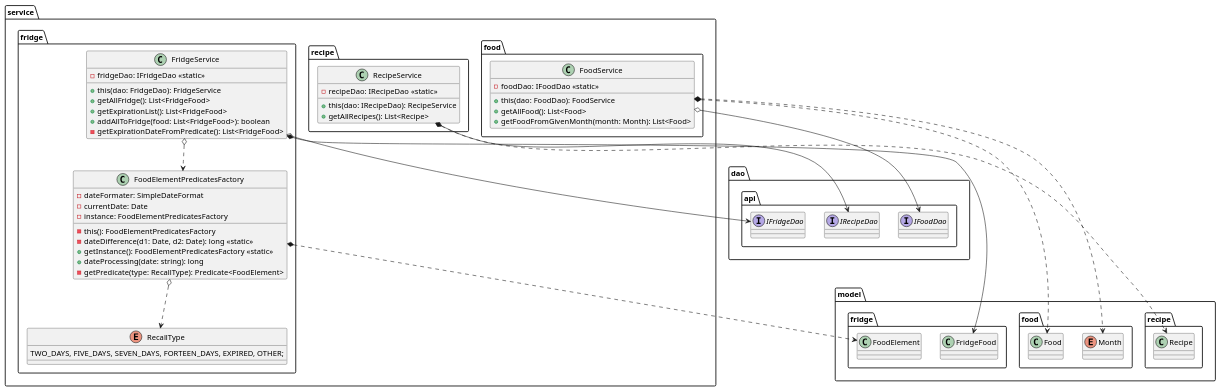
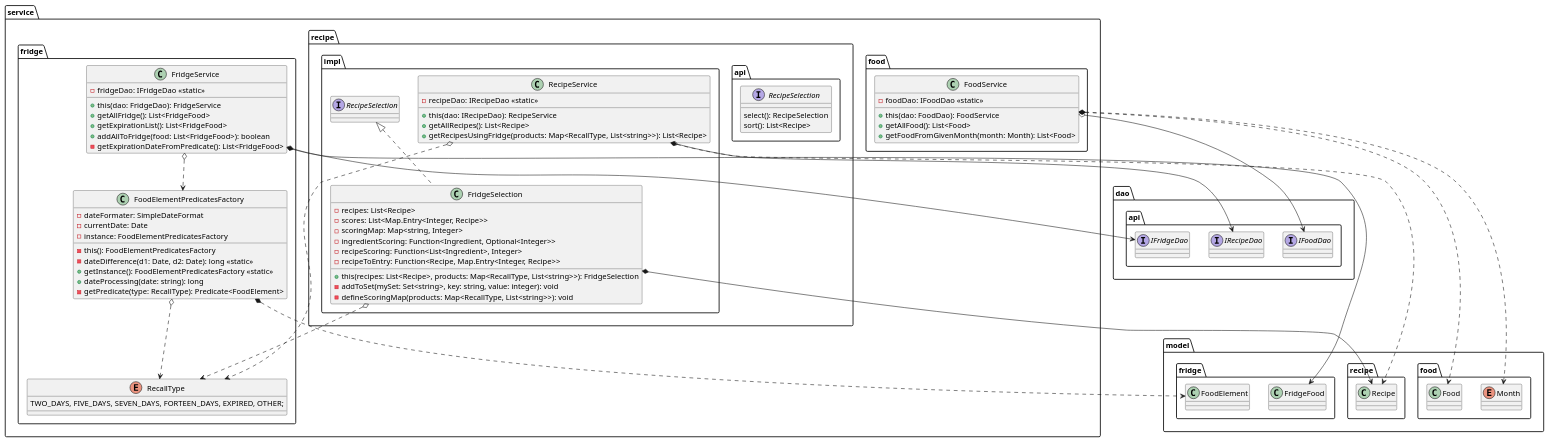
The diagram in docs/diagram/class/service.puml (romainvacheret/wadge-backend), drawn with PlantUML before and after one commit. The commit also changed 6 other files, not shown here.

Commit message:
docs: add recipes selection to diagrams

```diff
--- a/docs/diagram/class/service.puml
+++ b/docs/diagram/class/service.puml
@@ -1,82 +1,107 @@
 @startuml service
 
 package dao.api {
     interface IFoodDao {}
     interface IFridgeDao {}
     interface IRecipeDao {}
 }
 
 package model.food {
     class Food {}
     enum Month {}
 }
 
 package model.fridge {
     class FridgeFood {}
     class FoodElement {}
 }
 
 package model.recipe {
     class Recipe {}
 }
 
 package service {
     package food {
         class FoodService {
             - foodDao: IFoodDao <<static>>
             + this(dao: FoodDao): FoodService
             + getAllFood(): List<Food>
             + getFoodFromGivenMonth(month: Month): List<Food>
         }
     }
 
     package fridge {
         class FridgeService {
             - fridgeDao: IFridgeDao <<static>>
             + this(dao: FridgeDao): FridgeService
             + getAllFridge(): List<FridgeFood>
             + getExpirationList(): List<FridgeFood>
             + addAllToFridge(food: List<FridgeFood>): boolean
             - getExpirationDateFromPredicate(): List<FridgeFood>
         }
 
         class FoodElementPredicatesFactory {
             - dateFormater: SimpleDateFormat
             - currentDate: Date
             - instance: FoodElementPredicatesFactory
             - this(): FoodElementPredicatesFactory
             - dateDifference(d1: Date, d2: Date): long <<static>>
             + getInstance(): FoodElementPredicatesFactory <<static>>
             + dateProcessing(date: string): long
             - getPredicate(type: RecallType): Predicate<FoodElement>
         }
         
         enum RecallType {
             TWO_DAYS, FIVE_DAYS, SEVEN_DAYS, FORTEEN_DAYS, EXPIRED, OTHER;
         }
     }
 
     package recipe {
-        class RecipeService {
-            - recipeDao: IRecipeDao <<static>>
-            + this(dao: IRecipeDao): RecipeService
-            + getAllRecipes(): List<Recipe>
+        package api {
+            interface RecipeSelection {
+                select(): RecipeSelection
+                sort(): List<Recipe>
+            }
+        }
+        package impl {
+            class RecipeService {
+                - recipeDao: IRecipeDao <<static>>
+                + this(dao: IRecipeDao): RecipeService
+                + getAllRecipes(): List<Recipe>
+                + getRecipesUsingFridge(products: Map<RecallType, List<string>>): List<Recipe>
+            }
+
+            class FridgeSelection implements RecipeSelection {
+                - recipes: List<Recipe>
+                - scores: List<Map.Entry<Integer, Recipe>>
+                - scoringMap: Map<string, Integer>
+                - ingredientScoring: Function<Ingredient, Optional<Integer>>
+                - recipeScoring: Function<List<Ingredient>, Integer>
+                - recipeToEntry: Function<Recipe, Map.Entry<Integer, Recipe>>
+                + this(recipes: List<Recipe>, products: Map<RecallType, List<string>>): FridgeSelection
+                - addToSet(mySet: Set<string>, key: string, value: integer): void
+                - defineScoringMap(products: Map<RecallType, List<string>>): void
+            }
         }
     }
 }
 
 FoodService o--> IFoodDao
 FoodService *..> Food
 FoodService *..> Month
 
 FridgeService o--> IFridgeDao
 FridgeService o..> FoodElementPredicatesFactory
 FridgeService *--> FridgeFood
 
 FoodElementPredicatesFactory *..> FoodElement
 FoodElementPredicatesFactory o..> RecallType
 
 RecipeService o--> IRecipeDao
 RecipeService *..> Recipe
+RecipeService o..> RecallType
+
+FridgeSelection *--> Recipe
+FridgeSelection o..> RecallType
 
 @enduml
```
